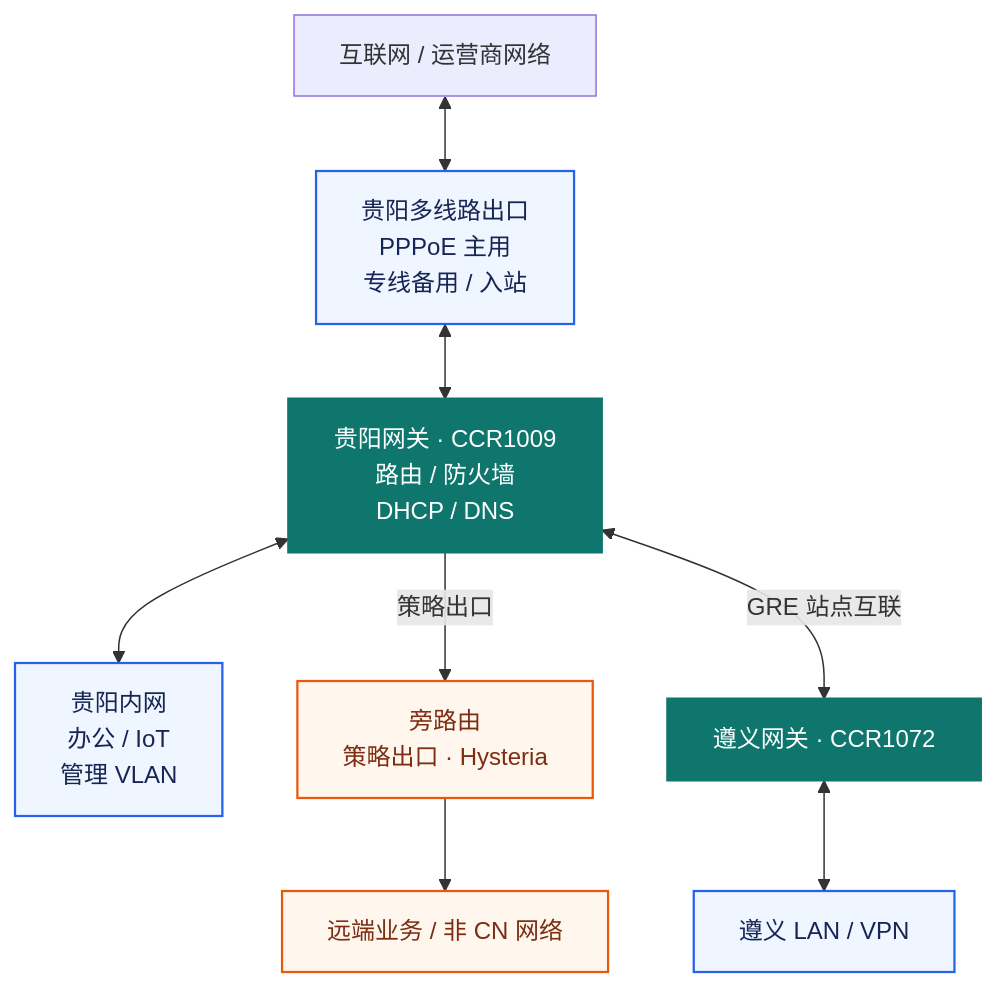
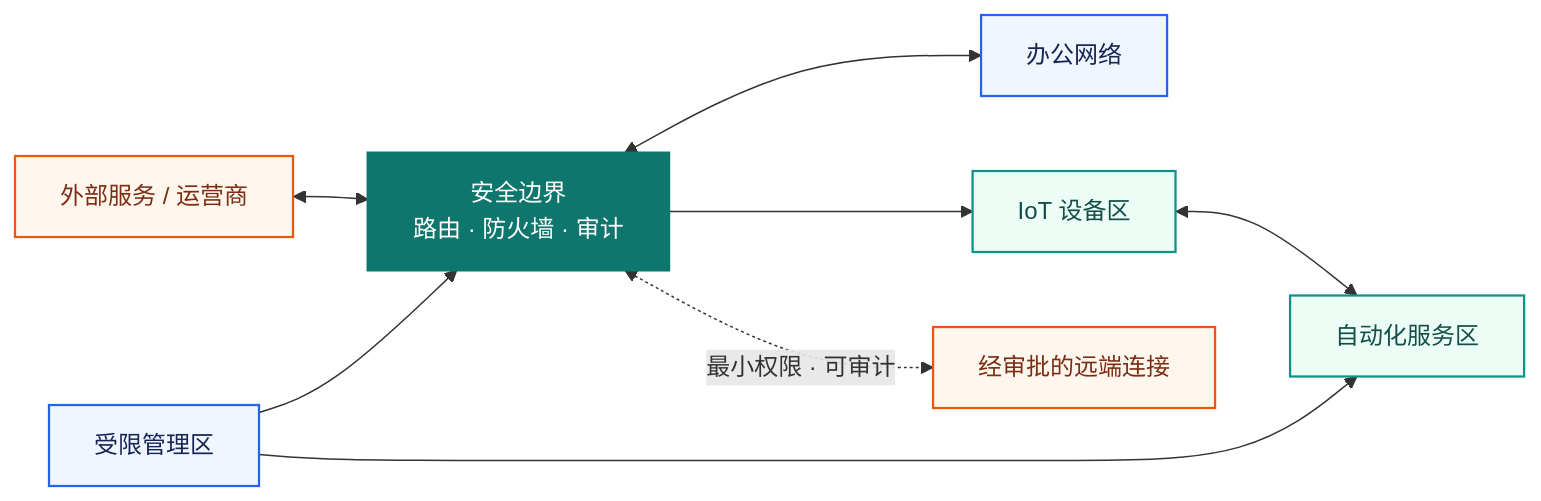
Before and after one commit to renhedata/ai-lab-smart-office: the diagram in public/network-overview.mmd, drawn with Mermaid. The commit also changed 35 other files, not shown here.

```diff
--- a/public/network-overview.mmd
+++ b/public/network-overview.mmd
@@ -1,25 +1,25 @@
-flowchart TB
-    Internet["互联网 / 运营商网络"]
-    WAN["贵阳多线路出口<br/>PPPoE 主用<br/>专线备用 / 入站"]
-    Gateway["贵阳网关 · CCR1009<br/>路由 / 防火墙<br/>DHCP / DNS"]
-    LAN["贵阳内网<br/>办公 / IoT<br/>管理 VLAN"]
-    Bypass["旁路由<br/>策略出口 · Hysteria"]
-    Remote["远端业务 / 非 CN 网络"]
-    ZGateway["遵义网关 · CCR1072"]
-    ZLAN["遵义 LAN / VPN"]
+flowchart LR
+    External["外部服务 / 运营商"]
+    Gateway["安全边界<br/>路由 · 防火墙 · 审计"]
+    Office["办公网络"]
+    IoT["IoT 设备区"]
+    Automation["自动化服务区"]
+    Management["受限管理区"]
+    Remote["经审批的远端连接"]
 
-    Internet <--> WAN
-    WAN <--> Gateway
-    Gateway <--> LAN
-    Gateway -->|"策略出口"| Bypass
-    Bypass --> Remote
-    Gateway <-->|"GRE 站点互联"| ZGateway
-    ZGateway <--> ZLAN
+    External <--> Gateway
+    Gateway <--> Office
+    Gateway --> IoT
+    IoT <--> Automation
+    Management --> Gateway
+    Management --> Automation
+    Gateway <-. "最小权限 · 可审计" .-> Remote
 
     classDef gateway fill:#0f766e,stroke:#0f766e,color:#fff,stroke-width:2px
     classDef network fill:#eff6ff,stroke:#2563eb,color:#172554,stroke-width:1.5px
     classDef iot fill:#ecfdf5,stroke:#0d9488,color:#134e4a,stroke-width:1.5px
     classDef remote fill:#fff7ed,stroke:#ea580c,color:#7c2d12,stroke-width:1.5px
-    class Gateway,ZGateway gateway
-    class WAN,LAN,ZLAN network
-    class Bypass,Remote remote
+    class Gateway gateway
+    class Office,Management network
+    class IoT,Automation iot
+    class External,Remote remote
```
